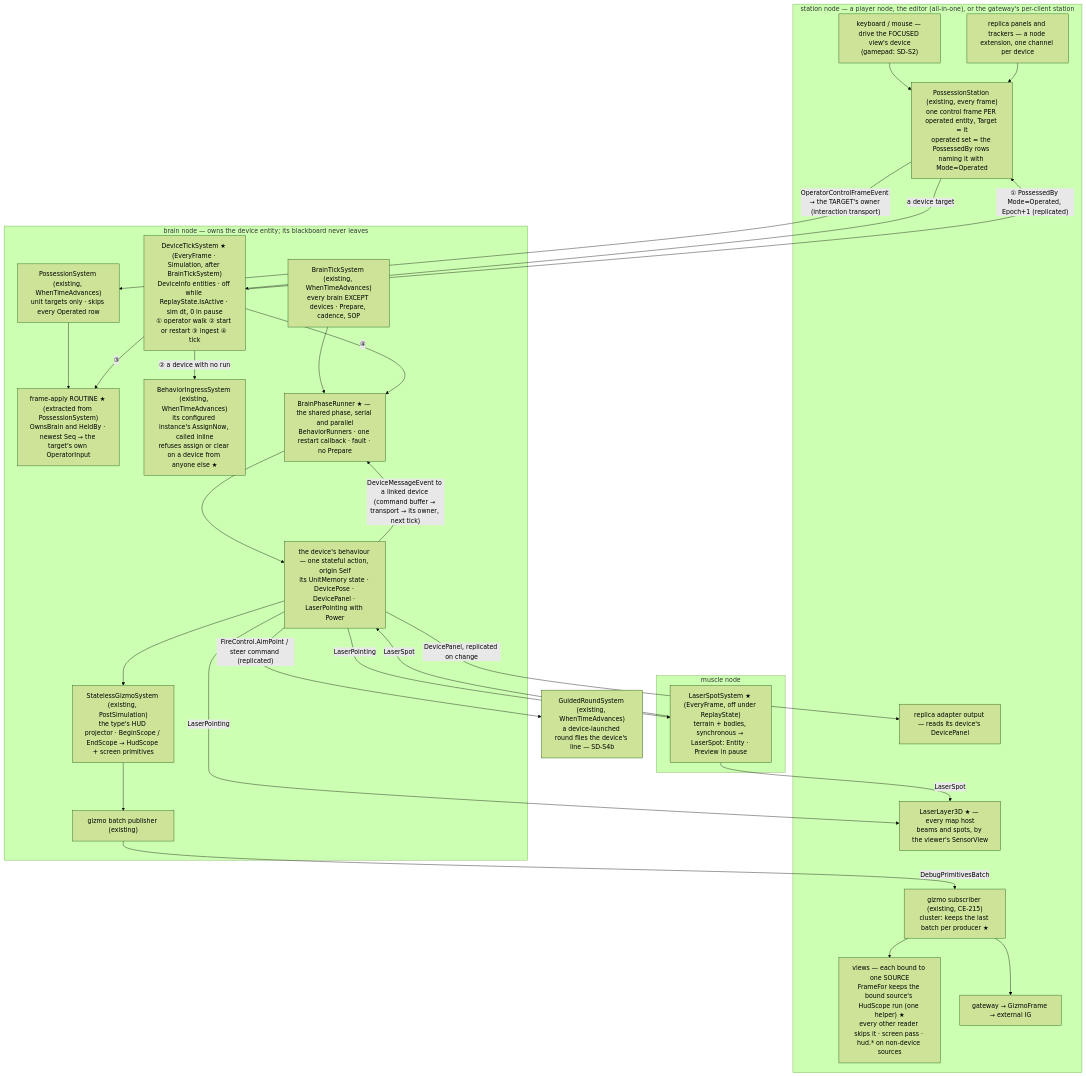
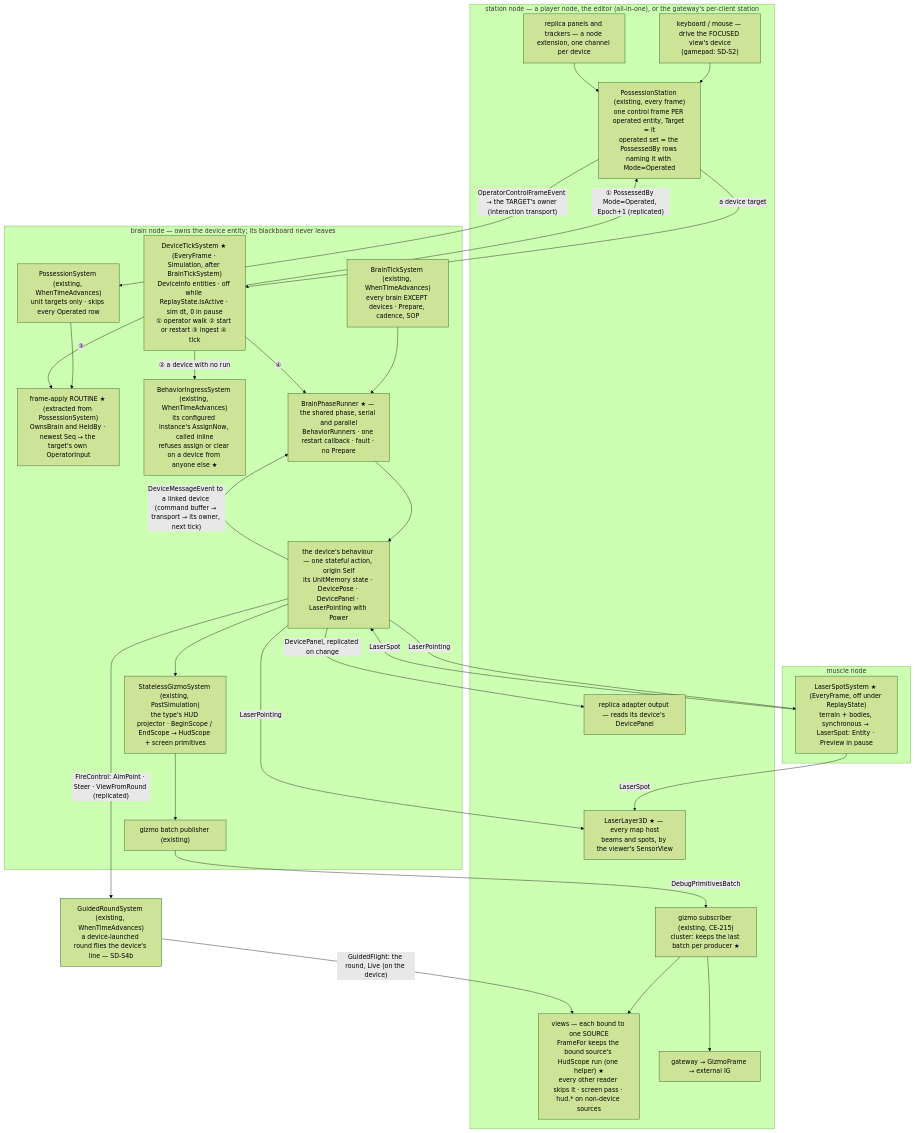
Before and after one commit to pjanec/HROT: the first of 9 diagrams in docs/designs/devices/DESIGN_Simulated_Devices.md, drawn with Mermaid (forest theme). The commit also changed other lines of this file and 1 other file, not shown here.

````diff
--- a/docs/designs/devices/DESIGN_Simulated_Devices.md
+++ b/docs/designs/devices/DESIGN_Simulated_Devices.md
@@ -82,51 +82,52 @@
 ```mermaid
 graph TD
   subgraph STATION["station node — a player node, the editor (all-in-one), or the gateway's per-client station"]
     KM["keyboard / mouse — drive the FOCUSED view's device<br/>(gamepad: SD-S2)"]
     REP["replica panels and trackers — a node extension, one channel per device"]
     PS["PossessionStation (existing, every frame)<br/>one control frame PER operated entity, Target = it<br/>operated set = the PossessedBy rows naming it with Mode=Operated"]
     SUB["gizmo subscriber (existing, CE-215)<br/>cluster: keeps the last batch per producer ★"]
     VIEW["views — each bound to one SOURCE<br/>FrameFor keeps the bound source's HudScope run (one helper) ★<br/>every other reader skips it · screen pass · hud.* on non-device sources"]
     LL["LaserLayer3D ★ — every map host<br/>beams and spots, by the viewer's SensorView"]
     RA["replica adapter output — reads its device's DevicePanel"]
     GW["gateway → GizmoFrame → external IG"]
   end
   subgraph BRAIN["brain node — owns the device entity; its blackboard never leaves"]
     PSY["PossessionSystem (existing, WhenTimeAdvances)<br/>unit targets only · skips every Operated row"]
     ING["frame-apply ROUTINE ★ (extracted from PossessionSystem)<br/>OwnsBrain and HeldBy · newest Seq → the target's own OperatorInput"]
     BTS["BrainTickSystem (existing, WhenTimeAdvances)<br/>every brain EXCEPT devices · Prepare, cadence, SOP"]
     PDT["DeviceTickSystem ★ (EveryFrame · Simulation, after BrainTickSystem)<br/>DeviceInfo entities · off while ReplayState.IsActive · sim dt, 0 in pause<br/>① operator walk ② start or restart ③ ingest ④ tick"]
     BIS["BehaviorIngressSystem (existing, WhenTimeAdvances)<br/>its configured instance's AssignNow, called inline<br/>refuses assign or clear on a device from anyone else ★"]
     RT["BrainPhaseRunner ★ — the shared phase, serial and parallel<br/>BehaviorRunners · one restart callback · fault · no Prepare"]
     DB["the device's behaviour — one stateful action, origin Self<br/>its UnitMemory state · DevicePose · DevicePanel · LaserPointing with Power"]
     SGS["StatelessGizmoSystem (existing, PostSimulation)<br/>the type's HUD projector · BeginScope / EndScope → HudScope + screen primitives"]
     PUB["gizmo batch publisher (existing)"]
   end
   subgraph MUSCLE["muscle node"]
     LSS["LaserSpotSystem ★ (EveryFrame, off under ReplayState)<br/>terrain + bodies, synchronous → LaserSpot: Entity · Preview in pause"]
   end
   KM --> PS
   REP --> PS
   PS -->|"OperatorControlFrameEvent → the TARGET's owner (interaction transport)"| PSY
   PS -->|"a device target"| PDT
   PSY --> ING
   PDT -->|"③"| ING
   PDT -->|"① PossessedBy Mode=Operated, Epoch+1 (replicated)"| PS
   PDT -->|"② a device with no run"| BIS
   BTS --> RT
   PDT -->|"④"| RT
   RT --> DB
   DB -->|"DeviceMessageEvent to a linked device (command buffer → transport → its owner, next tick)"| RT
   DB --> SGS
   SGS --> PUB
   PUB -->|"DebugPrimitivesBatch"| SUB
   SUB --> VIEW
   SUB --> GW
   DB -->|"DevicePanel, replicated on change"| RA
   DB -->|"LaserPointing"| LSS
   LSS -->|"LaserSpot"| LL
   LSS -->|"LaserSpot"| DB
   GRS["GuidedRoundSystem (existing, WhenTimeAdvances)<br/>a device-launched round flies the device's line — SD-S4b"]
-  DB -->|"FireControl.AimPoint / steer command (replicated)"| GRS
+  DB -->|"FireControl: AimPoint · Steer · ViewFromRound (replicated)"| GRS
+  GRS -->|"GuidedFlight: the round, Live (on the device)"| VIEW
   DB -->|"LaserPointing"| LL
 ```
````
